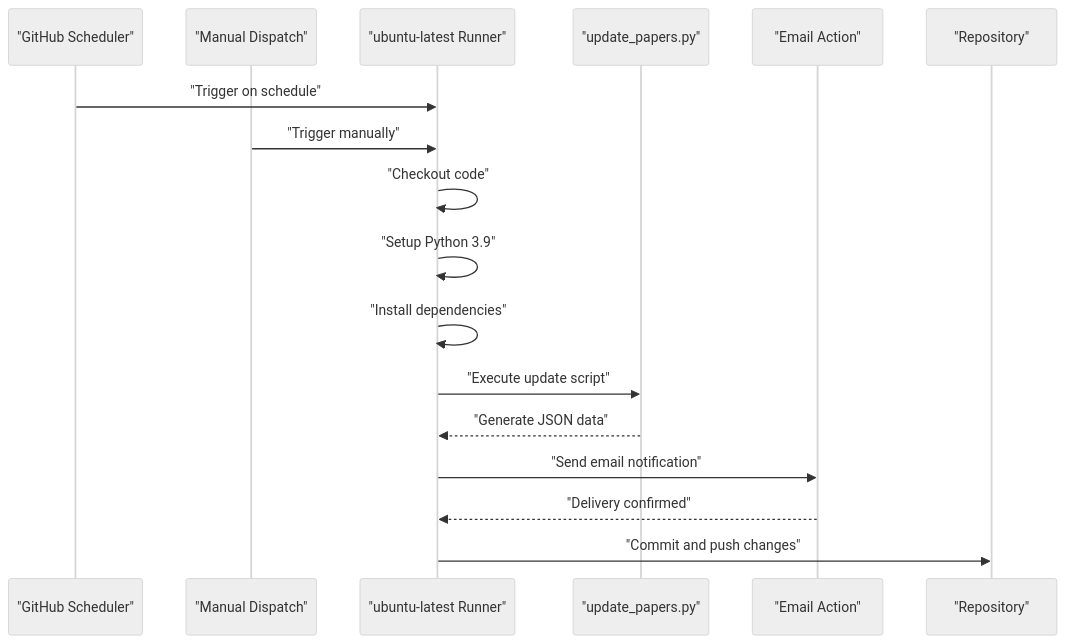
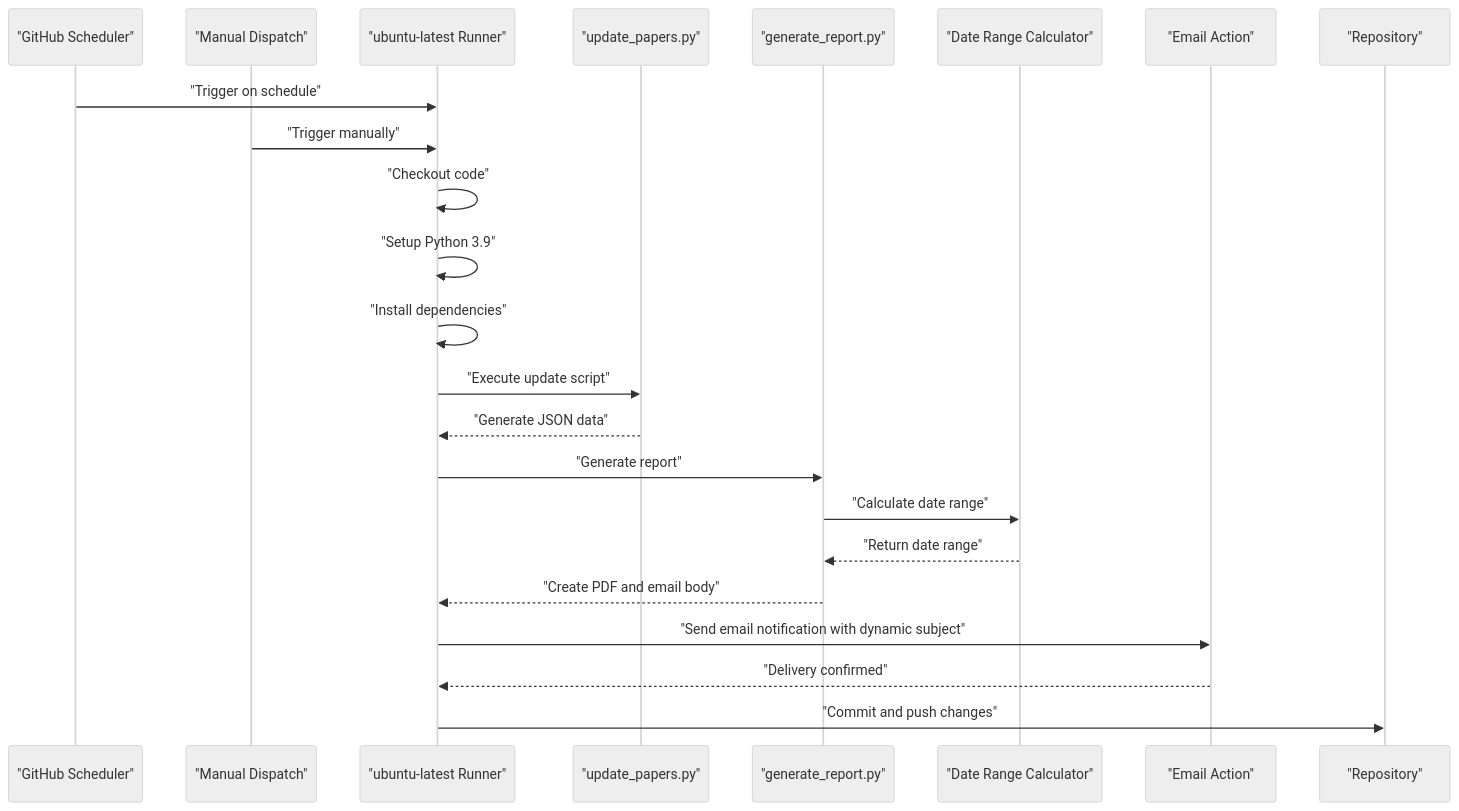
Before and after one commit to junxie01/cryoseismology_papers: the second of 10 diagrams in .qoder/repowiki/en/content/Configuration Guide/GitHub Actions Workflow.md, drawn with Mermaid (neutral theme). The commit also changed other lines of this file and 4 other files, not shown here.

````diff
--- a/.qoder/repowiki/en/content/Configuration Guide/GitHub Actions Workflow.md
+++ b/.qoder/repowiki/en/content/Configuration Guide/GitHub Actions Workflow.md
@@ -74,19 +87,25 @@
 ```mermaid
 sequenceDiagram
 participant Scheduler as "GitHub Scheduler"
 participant Dispatch as "Manual Dispatch"
 participant Runner as "ubuntu-latest Runner"
 participant Script as "update_papers.py"
+participant Report as "generate_report.py"
+participant DateRange as "Date Range Calculator"
 participant Mail as "Email Action"
 participant Repo as "Repository"
 Scheduler->>Runner : "Trigger on schedule"
 Dispatch->>Runner : "Trigger manually"
 Runner->>Runner : "Checkout code"
 Runner->>Runner : "Setup Python 3.9"
 Runner->>Runner : "Install dependencies"
 Runner->>Script : "Execute update script"
 Script-->>Runner : "Generate JSON data"
-Runner->>Mail : "Send email notification"
+Runner->>Report : "Generate report"
+Report->>DateRange : "Calculate date range"
+DateRange-->>Report : "Return date range"
+Report-->>Runner : "Create PDF and email body"
+Runner->>Mail : "Send email notification with dynamic subject"
 Mail-->>Runner : "Delivery confirmed"
 Runner->>Repo : "Commit and push changes"
 ```
````
